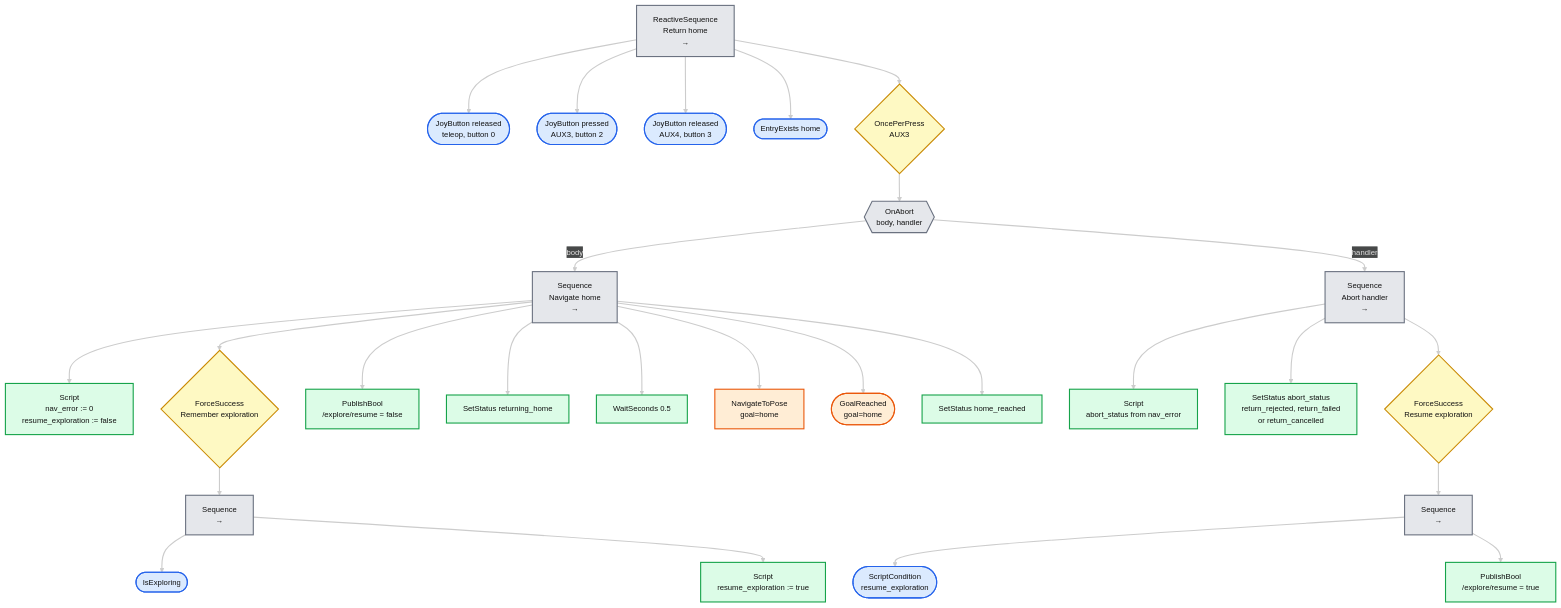
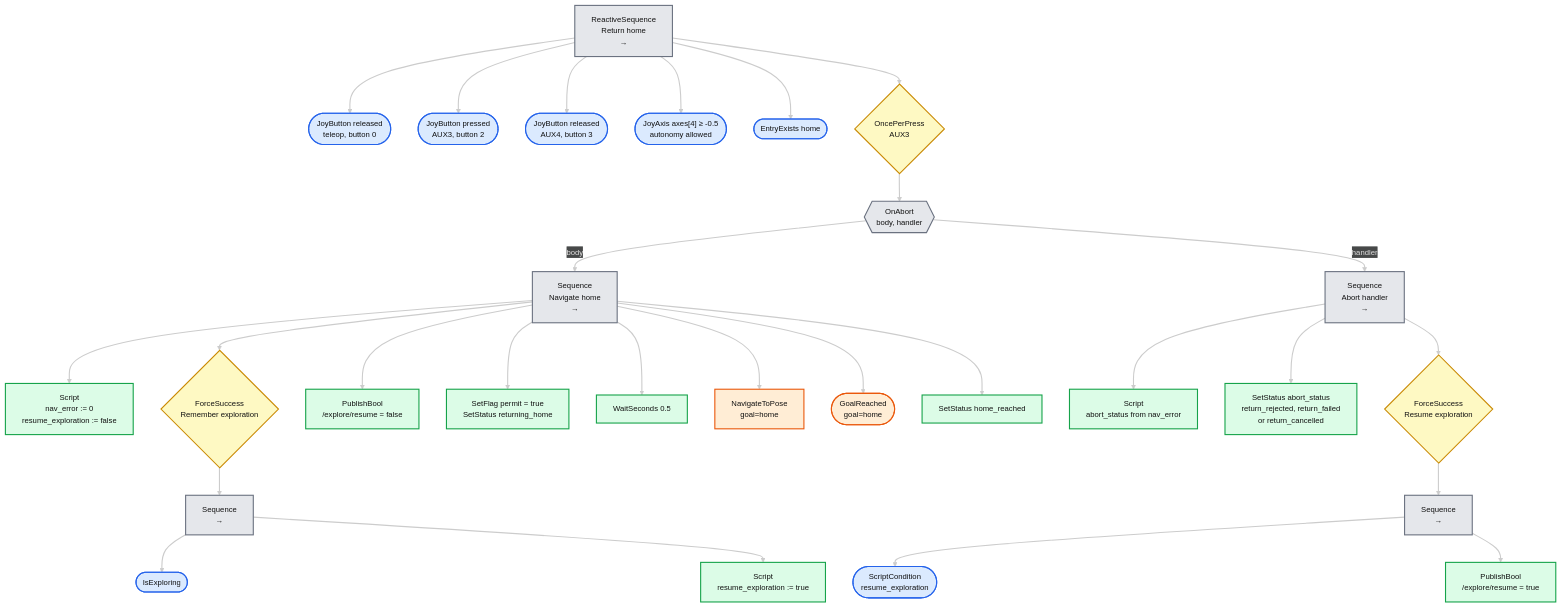
One commit to AlessioMorale/kvn-robot changed the eighth of 8 diagrams in kvn_orchestrator/README.md. Above: the diagram before and after it, drawn with Mermaid. The commit also changed other lines of this file and 60 other files, not shown here.

````diff
--- a/kvn_orchestrator/README.md
+++ b/kvn_orchestrator/README.md
@@ -168,42 +309,43 @@
 ```mermaid
 ---
 config:
   theme: redux-dark-color
 ---
 flowchart TD
     seq["ReactiveSequence<br/>Return home<br/>→"]:::ctl
     seq --> g1(["JoyButton released<br/>teleop, button 0"]):::cond
     seq --> g2(["JoyButton pressed<br/>AUX3, button 2"]):::cond
     seq --> g3(["JoyButton released<br/>AUX4, button 3"]):::cond
+    seq --> g3b(["JoyAxis axes[4] ≥ -0.5<br/>autonomy allowed"]):::cond
     seq --> g4(["EntryExists home"]):::cond
     seq --> once{"OncePerPress<br/>AUX3"}:::dec
     once --> abort{{"OnAbort<br/>body, handler"}}:::ctl
 
     abort -->|body| body["Sequence<br/>Navigate home<br/>→"]:::ctl
     abort -->|handler| handler["Sequence<br/>Abort handler<br/>→"]:::ctl
 
     body --> b1["Script<br/>nav_error := 0<br/>resume_exploration := false"]:::act
     body --> b2{"ForceSuccess<br/>Remember exploration"}:::dec
     b2 --> b2s["Sequence<br/>→"]:::ctl
     b2s --> b2c(["IsExploring"]):::cond
     b2s --> b2a["Script<br/>resume_exploration := true"]:::act
     body --> b3["PublishBool<br/>/explore/resume = false"]:::act
-    body --> b4["SetStatus returning_home"]:::act
+    body --> b4["SetFlag permit = true<br/>SetStatus returning_home"]:::act
     body --> b5["WaitSeconds 0.5"]:::act
     body --> b6["NavigateToPose<br/>goal=home"]:::nav
     body --> b7(["GoalReached<br/>goal=home"]):::nav
     body --> b8["SetStatus home_reached"]:::act
 
     handler --> h1["Script<br/>abort_status from nav_error"]:::act
     handler --> h2["SetStatus abort_status<br/>return_rejected, return_failed<br/>or return_cancelled"]:::act
     handler --> h3{"ForceSuccess<br/>Resume exploration"}:::dec
     h3 --> h3s["Sequence<br/>→"]:::ctl
     h3s --> h3c(["ScriptCondition<br/>resume_exploration"]):::cond
     h3s --> h3a["PublishBool<br/>/explore/resume = true"]:::act
 
     classDef ctl fill:#e5e7eb,stroke:#6b7280,color:#111;
     classDef cond fill:#dbeafe,stroke:#2563eb,color:#111;
     classDef act fill:#dcfce7,stroke:#16a34a,color:#111;
     classDef nav fill:#ffedd5,stroke:#ea580c,color:#111;
     classDef dec fill:#fef9c3,stroke:#ca8a04,color:#111;
 ```
````
